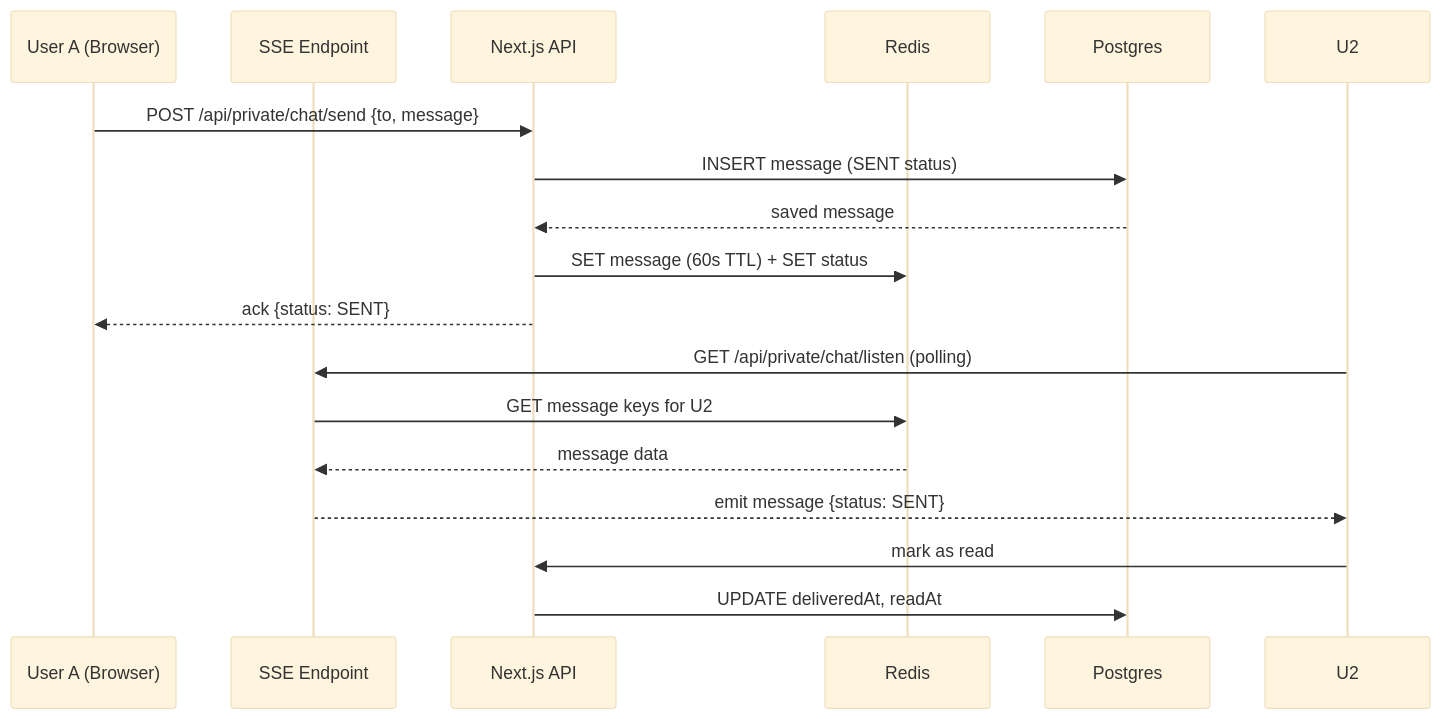
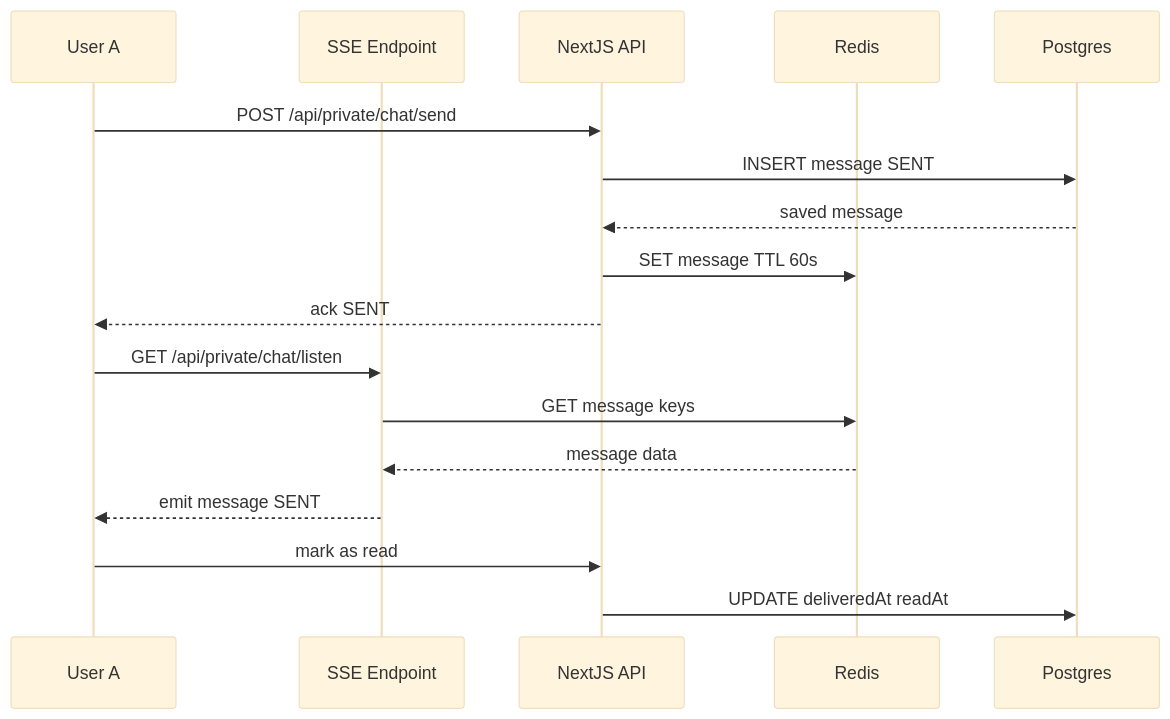
The third of 4 diagrams in dossier-certification/04-developpement/README.md (CLecart/social-network), drawn with Mermaid (base theme) before and after one commit. The commit also changed other lines of this file and 4 other files, not shown here.

````diff
--- a/dossier-certification/04-developpement/README.md
+++ b/dossier-certification/04-developpement/README.md
@@ -80,20 +80,20 @@
 ```mermaid
 sequenceDiagram
-  participant U1 as User A (Browser)
+  participant U1 as User A
   participant SSE as SSE Endpoint
-  participant API as Next.js API
+  participant API as NextJS API
   participant R as Redis
   participant DB as Postgres
 
-  U1->>API: POST /api/private/chat/send {to, message}
-  API->>DB: INSERT message (SENT status)
+  U1->>API: POST /api/private/chat/send
+  API->>DB: INSERT message SENT
   DB-->>API: saved message
-  API->>R: SET message (60s TTL) + SET status
-  API-->>U1: ack {status: SENT}
-  U2->>SSE: GET /api/private/chat/listen (polling)
-  SSE->>R: GET message keys for U2
+  API->>R: SET message TTL 60s
+  API-->>U1: ack SENT
+  U1->>SSE: GET /api/private/chat/listen
+  SSE->>R: GET message keys
   R-->>SSE: message data
-  SSE-->>U2: emit message {status: SENT}
-  U2->>API: mark as read
-  API->>DB: UPDATE deliveredAt, readAt
+  SSE-->>U1: emit message SENT
+  U1->>API: mark as read
+  API->>DB: UPDATE deliveredAt readAt
 ```
````
